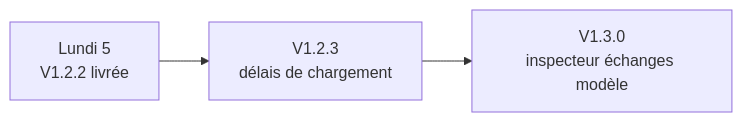
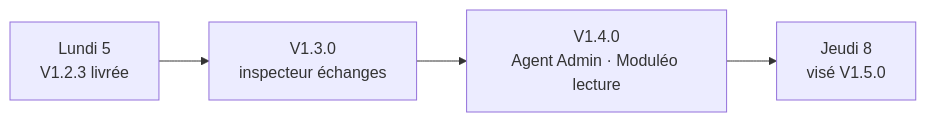
The second of 2 diagrams in README.md (UlyssouLV/BBASS-Agents-IA), drawn with Mermaid before and after one commit. The commit also changed other lines of this file and 2 other files, not shown here.

First line of the commit message:
Marque la 1.2.3 comme livrée dans la feuille de route et le README

````diff
--- a/README.md
+++ b/README.md
@@ -37,5 +37,6 @@
 ```mermaid
 flowchart LR
-  L05["Lundi 5<br/>V1.2.2 livrée"] --> V123["V1.2.3<br/>délais de chargement"]
-  V123 --> V130["V1.3.0<br/>inspecteur échanges modèle"]
+  L05["Lundi 5<br/>V1.2.3 livrée"] --> V130["V1.3.0<br/>inspecteur échanges"]
+  V130 --> V140["V1.4.0<br/>Agent Admin · Moduléo lecture"]
+  V140 --> V08["Jeudi 8<br/>visé V1.5.0"]
 ```
````
